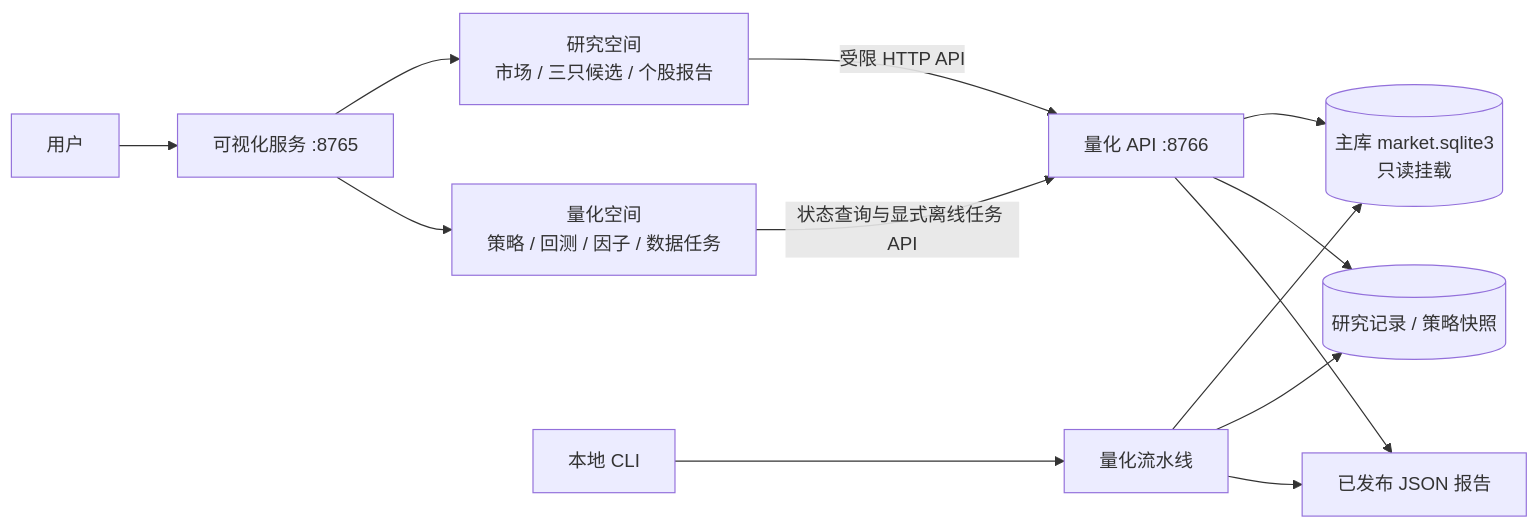
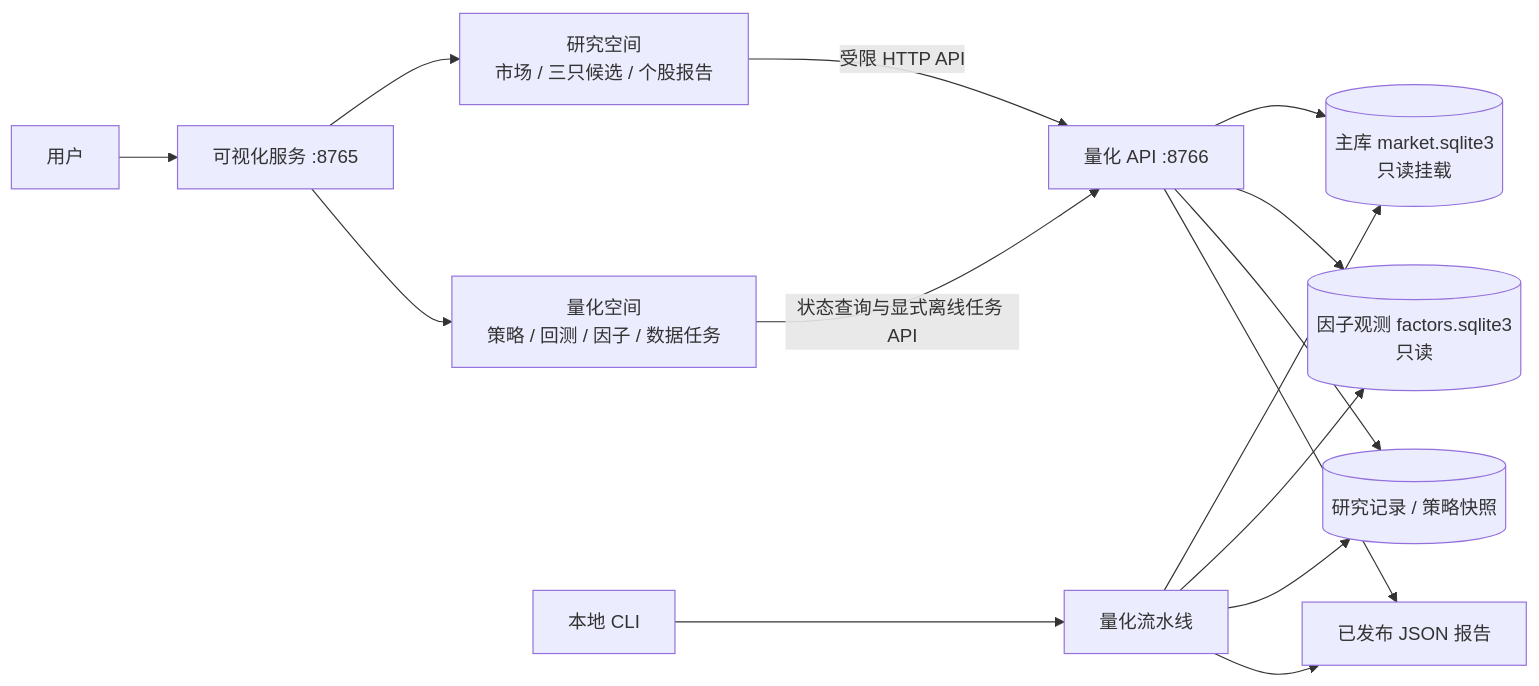
Before and after one commit to IcebergArch/invest-lab: the second of 3 diagrams in docs/system-architecture.md, drawn with Mermaid. The commit also changed other lines of this file and 140 other files, not shown here.

````diff
--- a/docs/system-architecture.md
+++ b/docs/system-architecture.md
@@ -23,15 +25,17 @@
 ```mermaid
 flowchart LR
     U[用户] --> V[可视化服务 :8765]
     V --> R[研究空间<br/>市场 / 三只候选 / 个股报告]
     V --> Q[量化空间<br/>策略 / 回测 / 因子 / 数据任务]
     R -->|受限 HTTP API| A[量化 API :8766]
     Q -->|状态查询与显式离线任务 API| A
     C[本地 CLI] --> P[量化流水线]
     A --> M[(主库 market.sqlite3<br/>只读挂载)]
+    A --> FO[(因子观测 factors.sqlite3<br/>只读)]
     A --> J[(研究记录 / 策略快照)]
     P --> M
+    P --> FO
     P --> J
     P --> L[已发布 JSON 报告]
     A --> L
 ```
````
